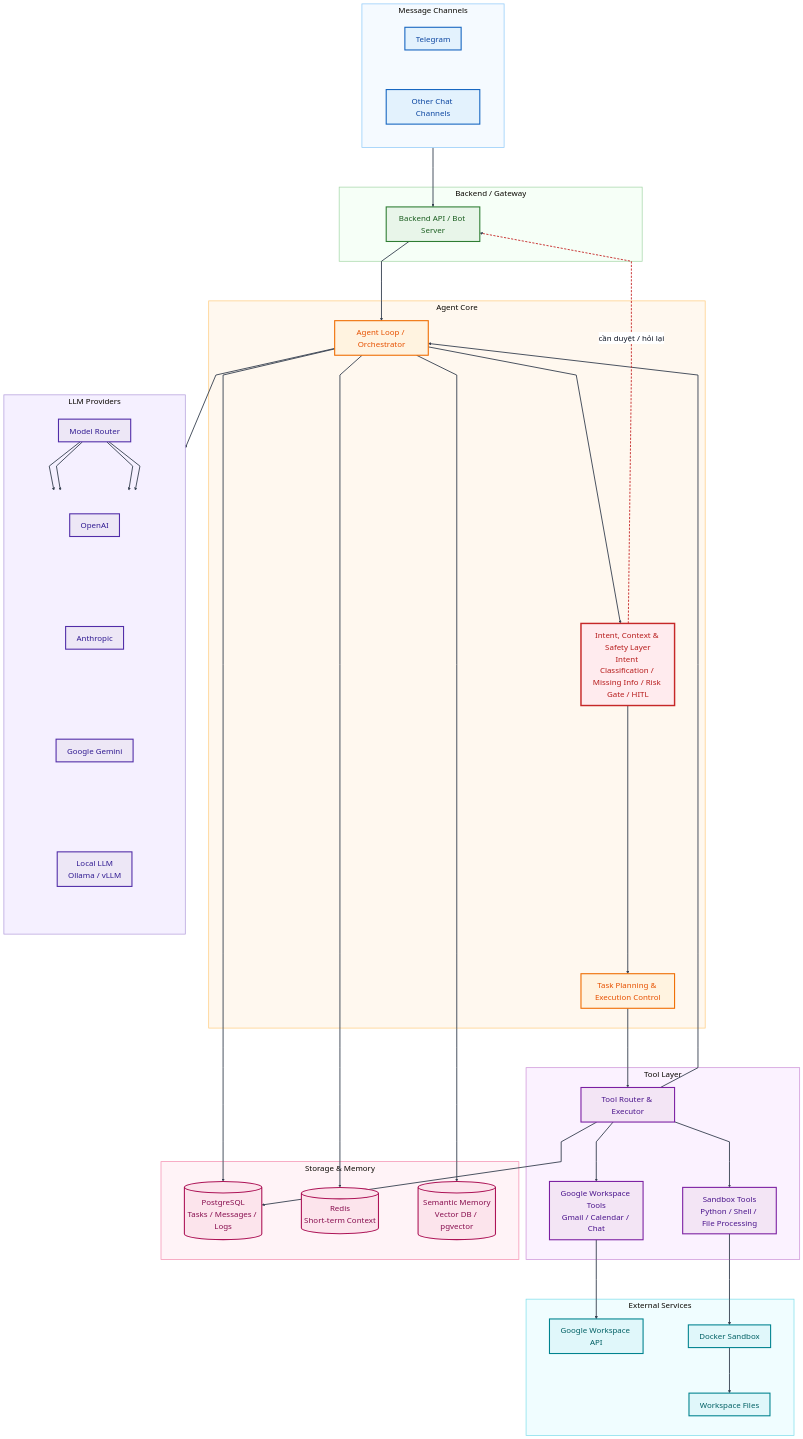
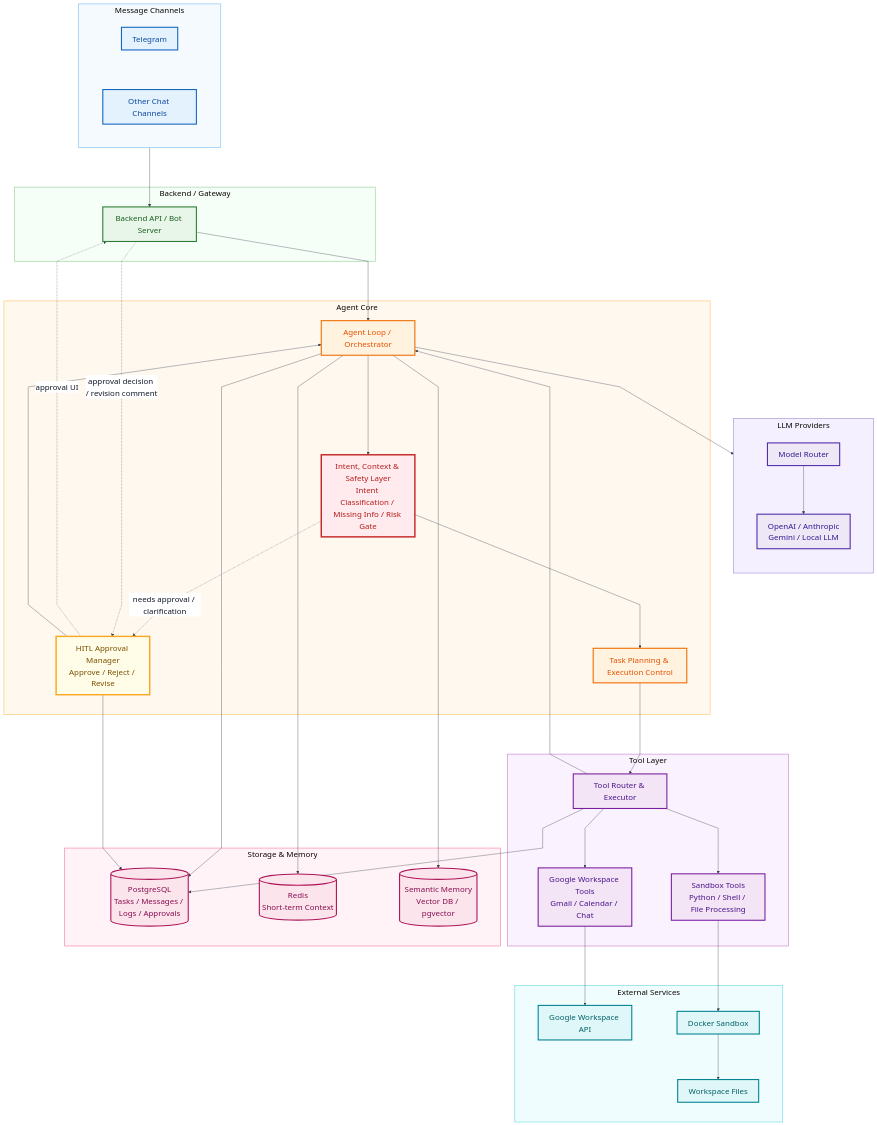
Before and after one commit to AI26-V-Claw/V-Claw: the second of 2 diagrams in docs/01-system-design.md, drawn with Mermaid. The commit also changed 31 other files, not shown here.

Commit message:
feat: add HITL, task planning, session memory, and Google tool fixes

````diff
--- a/docs/01-system-design.md
+++ b/docs/01-system-design.md
@@ -32,146 +32,107 @@
 ```mermaid
-%%{init: {
-  "theme": "base",
-  "themeVariables": {
-    "background": "#ffffff",
-    "mainBkg": "#ffffff",
-    "darkMode": false,
-    "fontSize": "22px",
-    "fontFamily": "Arial",
-    "primaryTextColor": "#111827",
-    "lineColor": "#374151",
-    "edgeLabelBackground": "#ffffff"
-  },
-  "flowchart": {
-    "nodeSpacing": 110,
-    "rankSpacing": 110,
-    "curve": "linear",
-    "htmlLabels": true
-  }
-}}%%
+---
+config:
+  theme: base
+  themeVariables:
+    background: '#ffffff'
+    mainBkg: '#ffffff'
+    darkMode: false
+    fontSize: 22px
+    fontFamily: Arial
+    primaryTextColor: '#111827'
+    lineColor: '#374151'
+    edgeLabelBackground: '#ffffff'
+  flowchart:
+    nodeSpacing: 110
+    rankSpacing: 110
+    curve: linear
+    htmlLabels: true
+---
 flowchart TB
-    %% ===== Message Channels =====
-    subgraph Channels["Message Channels"]
+ subgraph LLMs["LLM Providers"]
+    direction TB
+        MODEL_ROUTER["Model Router"]
+        LLM_ALL["OpenAI / Anthropic<br>Gemini / Local LLM"]
+        MODEL_ROUTER --> LLM_ALL
+  end
+ subgraph Channels["Message Channels"]
         TG["Telegram"]
         CHATAPP["Other Chat Channels"]
-    end
-
-    %% ===== Backend =====
-    subgraph Backend["Backend / Gateway"]
+  end
+ subgraph Backend["Backend / Gateway"]
         API["Backend API / Bot Server"]
-    end
-
-    %% ===== Agent Core =====
-    subgraph Core["Agent Core"]
+  end
+ subgraph Core["Agent Core"]
         LOOP["Agent Loop / Orchestrator"]
-        SAFETY["Intent, Context & Safety Layer<br>Intent Classification / Missing Info / Risk Gate / HITL"]
+        SAFETY["Intent, Context & Safety Layer<br>Intent Classification / Missing Info / Risk Gate"]
+        HITL["HITL Approval Manager<br>Approve / Reject / Revise"]
         PLANNER["Task Planning & Execution Control"]
-    end
-
-    %% ===== LLM Providers =====
-    subgraph LLMs["LLM Providers"]
-        direction TB
-
-        MODEL_ROUTER["Model Router"]
-
-        subgraph LLMProviderRow[" "]
-            direction LR
-            OPENAI["OpenAI"]
-            SP1[" "]
-            ANTHROPIC["Anthropic"]
-            SP2[" "]
-            GEMINI["Google Gemini"]
-            SP3[" "]
-            LOCAL["Local LLM<br>Ollama / vLLM"]
-        end
-    end
-
-    %% ===== Tools =====
-    subgraph Tools["Tool Layer"]
+  end
+ subgraph Tools["Tool Layer"]
         ROUTER["Tool Router & Executor"]
         GTOOLS["Google Workspace Tools<br>Gmail / Calendar / Chat"]
         SANDBOX["Sandbox Tools<br>Python / Shell / File Processing"]
-    end
-
-    %% ===== External =====
-    subgraph External["External Services"]
+  end
+ subgraph External["External Services"]
         GAPI["Google Workspace API"]
         DOCKER["Docker Sandbox"]
         FILES["Workspace Files"]
-    end
-
-    %% ===== Store =====
-    subgraph Store["Storage & Memory"]
-        PG[("PostgreSQL<br>Tasks / Messages / Logs")]
+  end
+ subgraph Store["Storage & Memory"]
+        PG[("PostgreSQL<br>Tasks / Messages / Logs / Approvals")]
         REDIS[("Redis<br>Short-term Context")]
         VDB[("Semantic Memory<br>Vector DB / pgvector")]
-    end
+  end
 
-    %% ===== Main Flow =====
     Channels --> API
     API --> LOOP
-
-    LOOP --> SAFETY
+    LOOP --> SAFETY & PG & REDIS & VDB
+    LOOP --> MODEL_ROUTER
     SAFETY --> PLANNER
     PLANNER --> ROUTER
-
-    ROUTER --> GTOOLS
-    ROUTER --> SANDBOX
-
+    ROUTER --> GTOOLS & SANDBOX & LOOP & PG
     GTOOLS --> GAPI
     SANDBOX --> DOCKER
     DOCKER --> FILES
+    SAFETY -. needs approval / clarification .-> HITL
+    HITL -. approval UI .-> API
+    API -. approval decision / revision comment .-> HITL
+    HITL --> LOOP & PG
 
-    %% ===== LLM Flow =====
-    LOOP --> MODEL_ROUTER
+    TG:::channel
+    CHATAPP:::channel
+    API:::backend
+    LOOP:::core
+    SAFETY:::safety
+    HITL:::hitl
+    PLANNER:::core
+    MODEL_ROUTER:::llm
+    LLM_ALL:::llm
+    ROUTER:::tool
+    GTOOLS:::tool
+    SANDBOX:::tool
+    GAPI:::external
+    DOCKER:::external
+    FILES:::external
+    PG:::store
+    REDIS:::store
+    VDB:::store
 
-    MODEL_ROUTER --> OPENAI
-    MODEL_ROUTER --> ANTHROPIC
-    MODEL_ROUTER --> GEMINI
-    MODEL_ROUTER --> LOCAL
-
-    %% ===== Feedback / Result Flow =====
-    ROUTER --> LOOP
-    SAFETY -. "cần duyệt / hỏi lại" .-> API
-
-    %% ===== Storage Flow =====
-    LOOP --> PG
-    LOOP --> REDIS
-    LOOP --> VDB
-    ROUTER --> PG
-
-    %% ===== Classes =====
     classDef channel fill:#E3F2FD,stroke:#1565C0,stroke-width:3px,color:#0D47A1,font-size:22px
     classDef backend fill:#E8F5E9,stroke:#2E7D32,stroke-width:3px,color:#1B5E20,font-size:22px
     classDef core fill:#FFF3E0,stroke:#EF6C00,stroke-width:3px,color:#E65100,font-size:22px
     classDef safety fill:#FFEBEE,stroke:#C62828,stroke-width:4px,color:#B71C1C,font-size:22px
+    classDef hitl fill:#FFFDE7,stroke:#F9A825,stroke-width:4px,color:#7A4F00,font-size:22px
     classDef llm fill:#EDE7F6,stroke:#512DA8,stroke-width:3px,color:#311B92,font-size:22px
     classDef tool fill:#F3E5F5,stroke:#7B1FA2,stroke-width:3px,color:#4A148C,font-size:22px
     classDef external fill:#E0F7FA,stroke:#00838F,stroke-width:3px,color:#006064,font-size:22px
     classDef store fill:#FCE4EC,stroke:#AD1457,stroke-width:3px,color:#880E4F,font-size:22px
-    classDef hidden fill:transparent,stroke:transparent,color:transparent
 
-    class TG,CHATAPP channel
-    class API backend
-    class LOOP,PLANNER core
-    class SAFETY safety
-    class MODEL_ROUTER,OPENAI,ANTHROPIC,GEMINI,LOCAL llm
-    class ROUTER,GTOOLS,SANDBOX tool
-    class GAPI,DOCKER,FILES external
-    class PG,REDIS,VDB store
-    class SP1,SP2,SP3 hidden
-
-    %% ===== Subgraph Styles =====
+    style LLMs fill:#F5F0FF,stroke:#B39DDB,stroke-width:2px
     style Channels fill:#F5FAFF,stroke:#90CAF9,stroke-width:2px
     style Backend fill:#F6FFF7,stroke:#A5D6A7,stroke-width:2px
     style Core fill:#FFF8EF,stroke:#FFCC80,stroke-width:2px
-    style LLMs fill:#F5F0FF,stroke:#B39DDB,stroke-width:2px
-    style LLMProviderRow fill:transparent,stroke:transparent
     style Tools fill:#FBF2FF,stroke:#CE93D8,stroke-width:2px
     style External fill:#F0FDFF,stroke:#80DEEA,stroke-width:2px
     style Store fill:#FFF3F7,stroke:#F48FB1,stroke-width:2px
-
-    %% ===== Thicker Arrows =====
-    linkStyle default stroke:#374151,stroke-width:2.5px,fill:none
-    linkStyle 16 stroke:#C62828,stroke-width:2.5px,stroke-dasharray:6 4,fill:none
 ```
````
